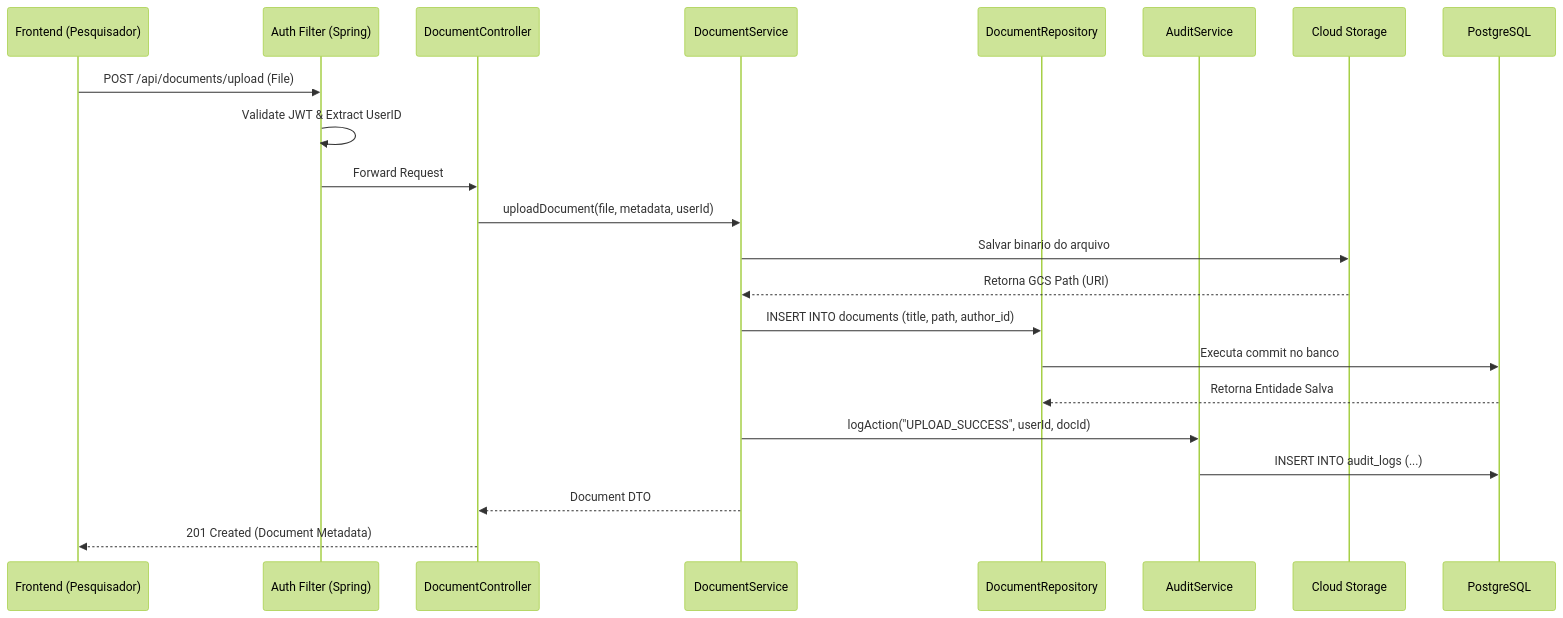
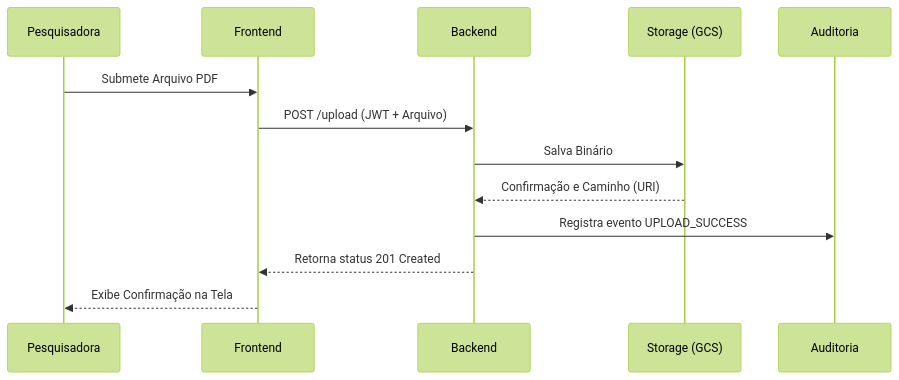
The diagram in docs/arquitetura/design_tecnico.md (pedrohpsantos/EdTech), drawn with Mermaid (forest theme) before and after one commit. The commit also changed other lines of this file and 11 other files, not shown here.

Commit message:
refactor: update project documentation with standardized Mermaid diagrams and improved CSS styling

````diff
--- a/docs/arquitetura/design_tecnico.md
+++ b/docs/arquitetura/design_tecnico.md
@@ -87,25 +41,16 @@
 ```mermaid
 sequenceDiagram
-    participant FE as Frontend (Pesquisador)
-    participant Auth as Auth Filter (Spring)
-    participant C as DocumentController
-    participant S as DocumentService
-    participant R as DocumentRepository
-    participant Audit as AuditService
-    participant GCS as Cloud Storage
-    participant DB as PostgreSQL
+    participant P as Pesquisadora
+    participant F as Frontend
+    participant B as Backend
+    participant S as Storage (GCS)
+    participant A as Auditoria
 
-    FE->>Auth: POST /api/documents/upload (File)
-    Auth->>Auth: Validate JWT & Extract UserID
-    Auth->>C: Forward Request
-    C->>S: uploadDocument(file, metadata, userId)
-    S->>GCS: Salvar binario do arquivo
-    GCS-->>S: Retorna GCS Path (URI)
-    S->>R: INSERT INTO documents (title, path, author_id)
-    R->>DB: Executa commit no banco
-    DB-->>R: Retorna Entidade Salva
-    S->>Audit: logAction("UPLOAD_SUCCESS", userId, docId)
-    Audit->>DB: INSERT INTO audit_logs (...)
-    S-->>C: Document DTO
-    C-->>FE: 201 Created (Document Metadata)
+    P->>F: Submete Arquivo PDF
+    F->>B: POST /upload (JWT + Arquivo)
+    B->>S: Salva Binário
+    S-->>B: Confirmação e Caminho (URI)
+    B->>A: Registra evento UPLOAD_SUCCESS
+    B-->>F: Retorna status 201 Created
+    F-->>P: Exibe Confirmação na Tela
 ```
````
